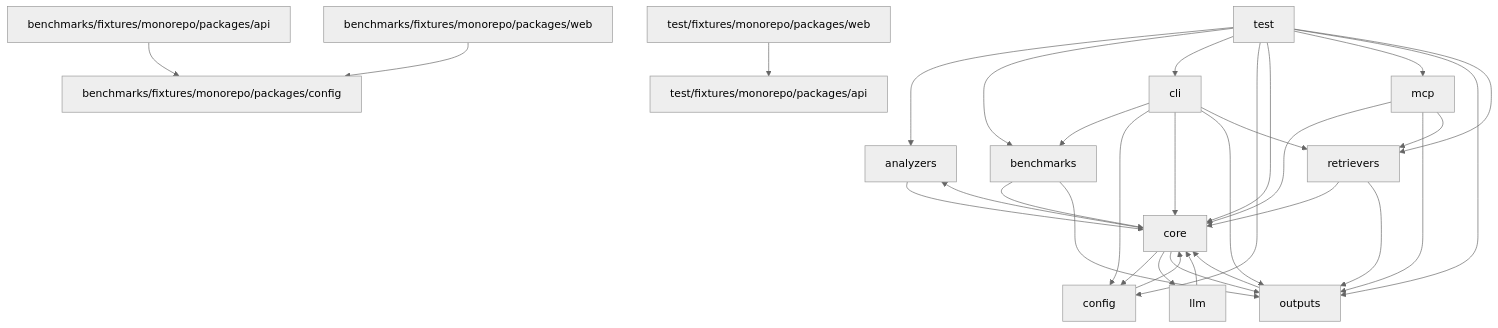
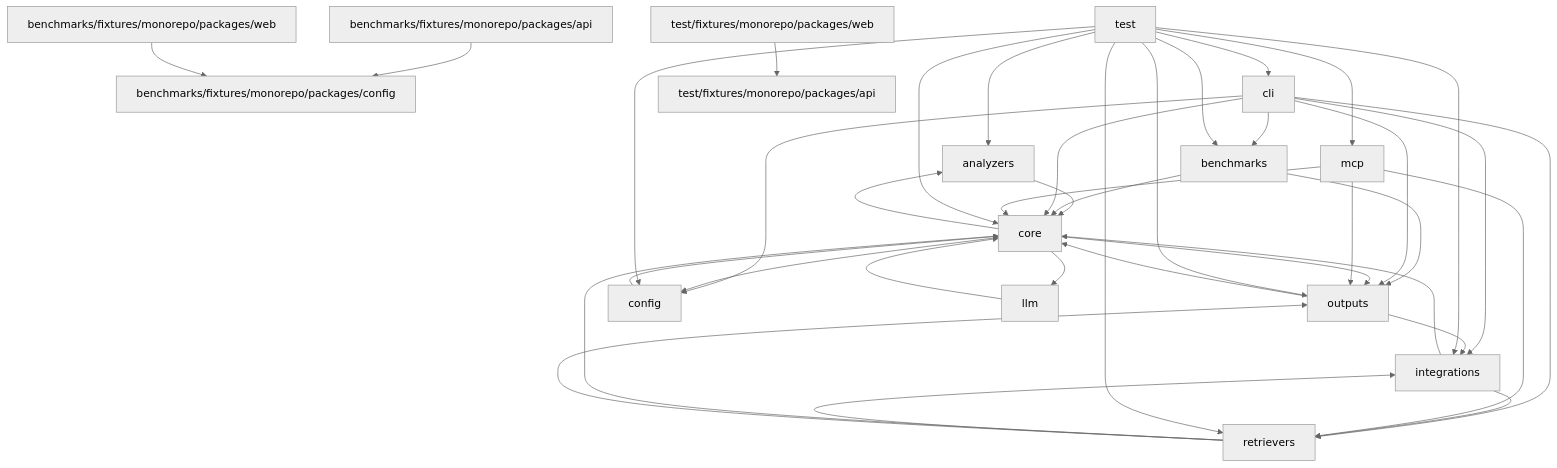
The diagram in .agent-context/dependency-graph.md (whut09/Code-Agent-plusplus), drawn with Mermaid (neutral theme) before and after one commit. The commit also changed other lines of this file and 41 other files, not shown here.

````diff
--- a/.agent-context/dependency-graph.md
+++ b/.agent-context/dependency-graph.md
@@ -4,34 +4,40 @@
 ```mermaid
 graph TD
   analyzers["analyzers"] --> core["core"]
   benchmarks["benchmarks"] --> core["core"]
   benchmarks["benchmarks"] --> outputs["outputs"]
   benchmarks_fixtures_monorepo_packages_api["benchmarks/fixtures/monorepo/packages/api"] --> benchmarks_fixtures_monorepo_packages_config["benchmarks/fixtures/monorepo/packages/config"]
   benchmarks_fixtures_monorepo_packages_web["benchmarks/fixtures/monorepo/packages/web"] --> benchmarks_fixtures_monorepo_packages_config["benchmarks/fixtures/monorepo/packages/config"]
   cli["cli"] --> benchmarks["benchmarks"]
   cli["cli"] --> config["config"]
   cli["cli"] --> core["core"]
+  cli["cli"] --> integrations["integrations"]
   cli["cli"] --> outputs["outputs"]
   cli["cli"] --> retrievers["retrievers"]
   config["config"] --> core["core"]
   core["core"] --> analyzers["analyzers"]
   core["core"] --> config["config"]
   core["core"] --> llm["llm"]
   core["core"] --> outputs["outputs"]
+  integrations["integrations"] --> core["core"]
+  integrations["integrations"] --> retrievers["retrievers"]
   llm["llm"] --> core["core"]
   mcp["mcp"] --> core["core"]
   mcp["mcp"] --> outputs["outputs"]
   mcp["mcp"] --> retrievers["retrievers"]
   outputs["outputs"] --> core["core"]
+  outputs["outputs"] --> integrations["integrations"]
   retrievers["retrievers"] --> core["core"]
+  retrievers["retrievers"] --> integrations["integrations"]
   retrievers["retrievers"] --> outputs["outputs"]
   test["test"] --> analyzers["analyzers"]
   test["test"] --> benchmarks["benchmarks"]
   test["test"] --> cli["cli"]
   test["test"] --> config["config"]
   test["test"] --> core["core"]
+  test["test"] --> integrations["integrations"]
   test["test"] --> mcp["mcp"]
   test["test"] --> outputs["outputs"]
   test["test"] --> retrievers["retrievers"]
   test_fixtures_monorepo_packages_web["test/fixtures/monorepo/packages/web"] --> test_fixtures_monorepo_packages_api["test/fixtures/monorepo/packages/api"]
 ```
````
